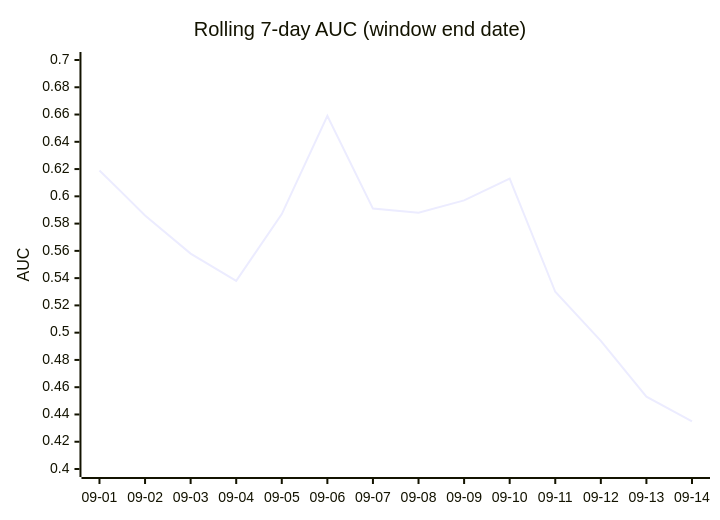
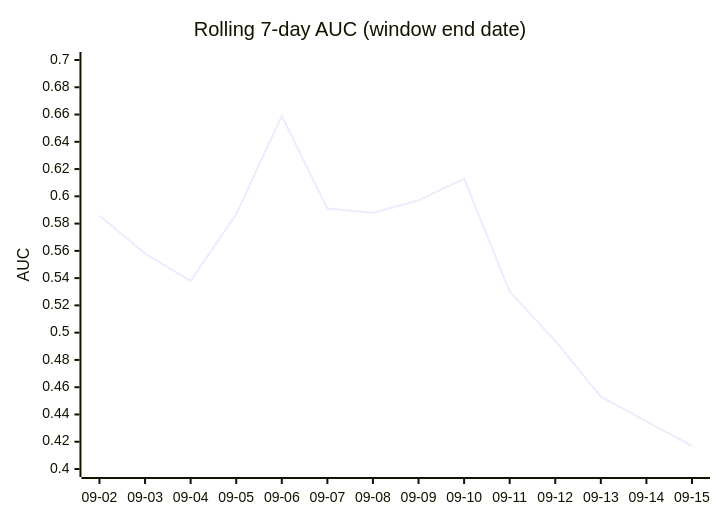
The third of 4 diagrams in DAILY_AGSU_REPORT.md (dpk1212/nhl-savant), drawn with Mermaid before and after one commit. The commit also changed other lines of this file, not shown here.

````diff
--- a/DAILY_AGSU_REPORT.md
+++ b/DAILY_AGSU_REPORT.md
@@ -843,7 +858,7 @@
 ```mermaid
 xychart-beta
     title "Rolling 7-day AUC (window end date)"
-    x-axis ["09-01", "09-02", "09-03", "09-04", "09-05", "09-06", "09-07", "09-08", "09-09", "09-10", "09-11", "09-12", "09-13", "09-14"]
+    x-axis ["09-02", "09-03", "09-04", "09-05", "09-06", "09-07", "09-08", "09-09", "09-10", "09-11", "09-12", "09-13", "09-14", "09-15"]
     y-axis "AUC" 0.4 --> 0.7
-    line [0.619, 0.586, 0.558, 0.538, 0.587, 0.659, 0.591, 0.588, 0.597, 0.613, 0.53, 0.494, 0.453, 0.435]
+    line [0.586, 0.558, 0.538, 0.587, 0.659, 0.591, 0.588, 0.597, 0.613, 0.53, 0.494, 0.453, 0.435, 0.417]
 ```
````
